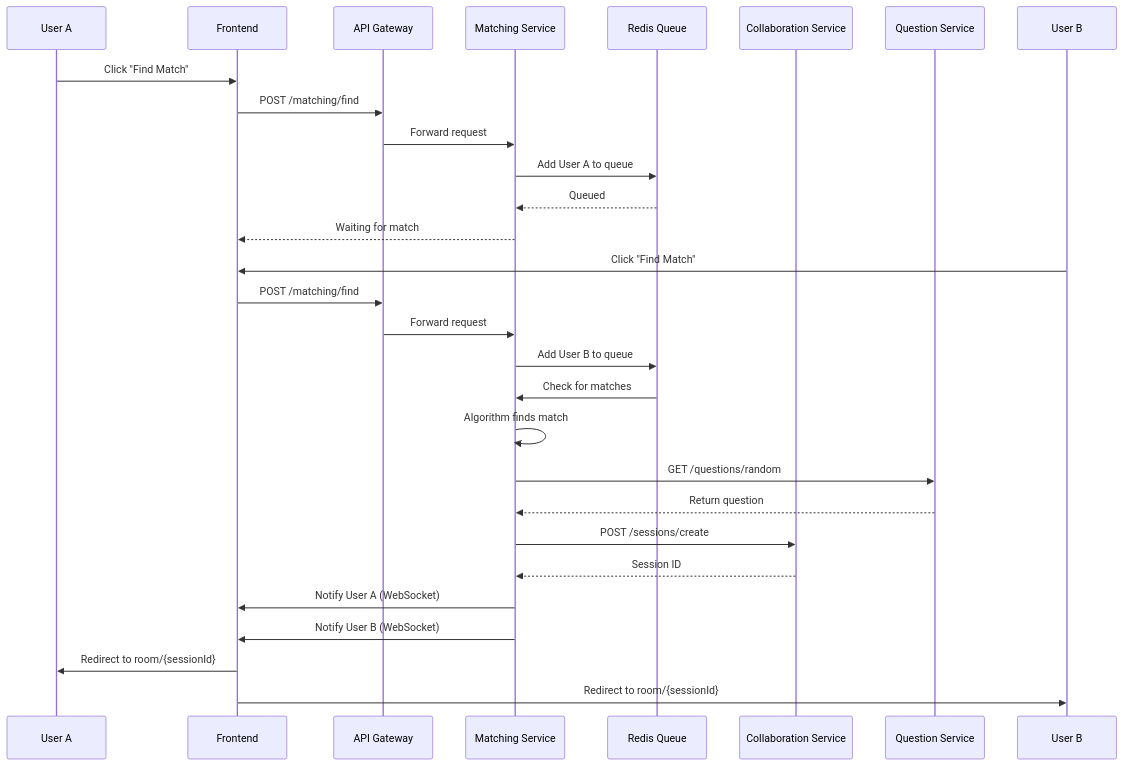
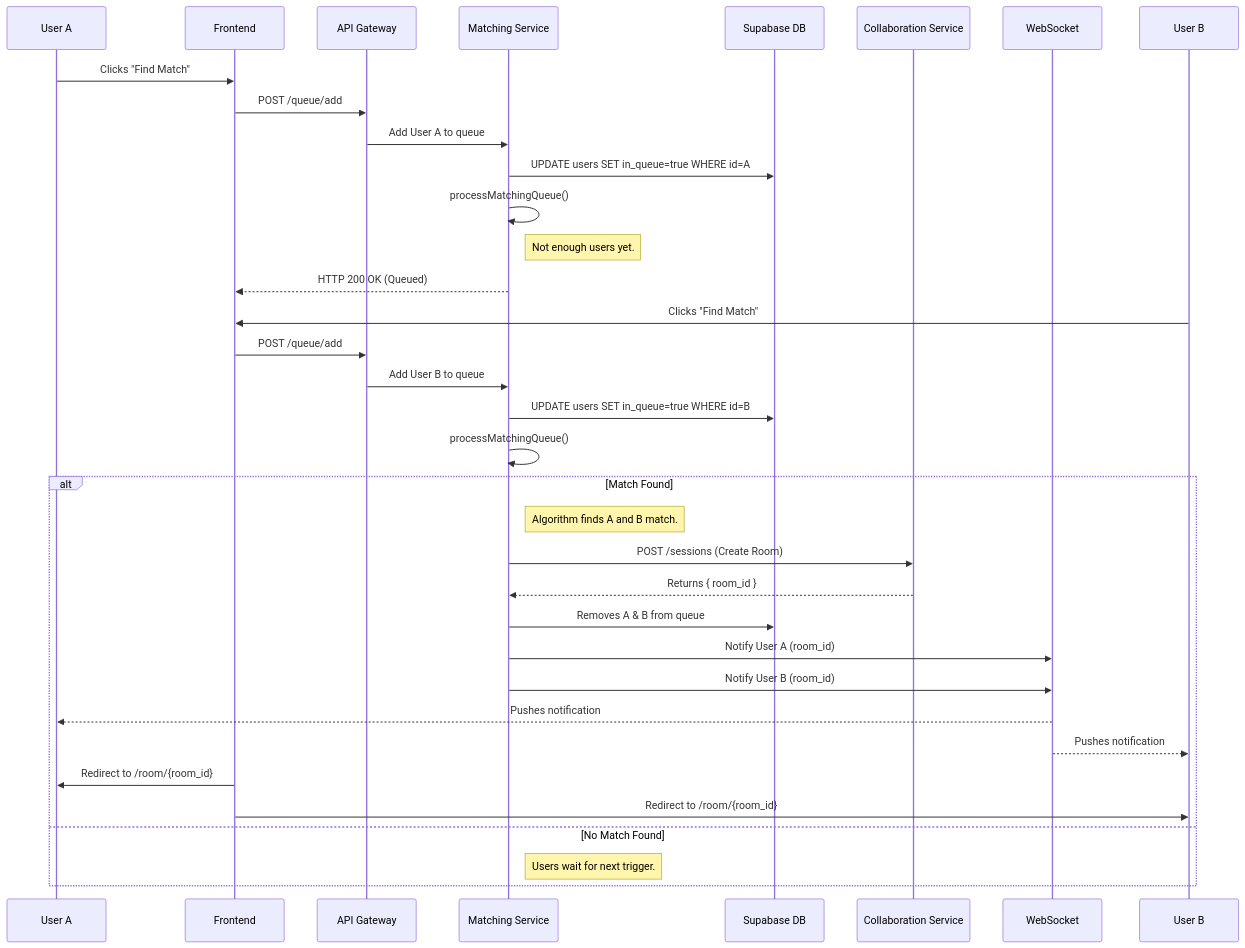
Before and after one commit to thony-ui/cs3219-ay2526s1-project-g22: diagram 11 of 13 in docs/architecture-diagrams.md, drawn with Mermaid. The commit also changed other lines of this file and 2 other files, not shown here.

Commit message:
PEERPREP-10: refactor: update architecture diagrams and remove unused match-related endpoints

````diff
--- a/docs/architecture-diagrams.md
+++ b/docs/architecture-diagrams.md
@@ -439,36 +464,43 @@
 ```mermaid
 sequenceDiagram
     participant U1 as User A
-    participant UI as Frontend
+    participant Frontend
     participant Gateway as API Gateway
-    participant Match as Matching Service
-    participant Redis as Redis Queue
-    participant Collab as Collaboration Service
-    participant Question as Question Service
+    participant MatchSvc as Matching Service
+    participant Supabase as Supabase DB
+    participant CollabSvc as Collaboration Service
+    participant WebSocket
+
+    U1->>Frontend: Clicks "Find Match"
+    Frontend->>Gateway: POST /queue/add
+    Gateway->>MatchSvc: Add User A to queue
+
+    MatchSvc->>Supabase: UPDATE users SET in_queue=true WHERE id=A
+    MatchSvc->>MatchSvc: processMatchingQueue()
+    note right of MatchSvc: Not enough users yet.
+    MatchSvc-->>Frontend: HTTP 200 OK (Queued)
+
+%% Some time later... %%
+
     participant U2 as User B
+    U2->>Frontend: Clicks "Find Match"
+    Frontend->>Gateway: POST /queue/add
+    Gateway->>MatchSvc: Add User B to queue
+    MatchSvc->>Supabase: UPDATE users SET in_queue=true WHERE id=B
+    MatchSvc->>MatchSvc: processMatchingQueue()
 
-    U1->>UI: Click "Find Match"
-    UI->>Gateway: POST /matching/find
-    Gateway->>Match: Forward request
-    Match->>Redis: Add User A to queue
-    Redis-->>Match: Queued
-    Match-->>UI: Waiting for match
-
-    U2->>UI: Click "Find Match"
-    UI->>Gateway: POST /matching/find
-    Gateway->>Match: Forward request
-    Match->>Redis: Add User B to queue
-    Redis->>Match: Check for matches
-    Match->>Match: Algorithm finds match
-
-    Match->>Question: GET /questions/random
-    Question-->>Match: Return question
-
-    Match->>Collab: POST /sessions/create
-    Collab-->>Match: Session ID
-
-    Match->>UI: Notify User A (WebSocket)
-    Match->>UI: Notify User B (WebSocket)
-    UI->>U1: Redirect to room/{sessionId}
-    UI->>U2: Redirect to room/{sessionId}
+    alt Match Found
+        note right of MatchSvc: Algorithm finds A and B match.
+        MatchSvc->>CollabSvc: POST /sessions (Create Room)
+        CollabSvc-->>MatchSvc: Returns { room_id }
+        MatchSvc->>Supabase: Removes A & B from queue
+        MatchSvc->>WebSocket: Notify User A (room_id)
+        MatchSvc->>WebSocket: Notify User B (room_id)
+        WebSocket-->>U1: Pushes notification
+        WebSocket-->>U2: Pushes notification
+        Frontend->>U1: Redirect to /room/{room_id}
+        Frontend->>U2: Redirect to /room/{room_id}
+    else No Match Found
+        note right of MatchSvc: Users wait for next trigger.
+    end
 ```
````
